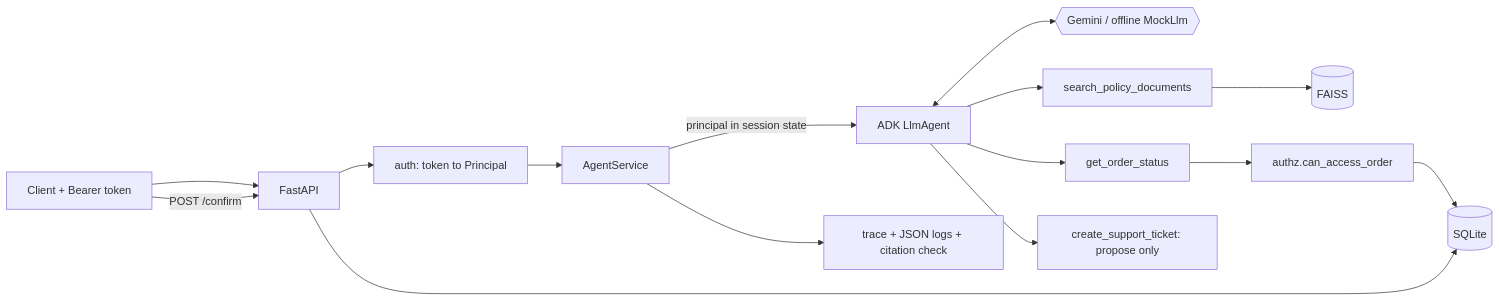
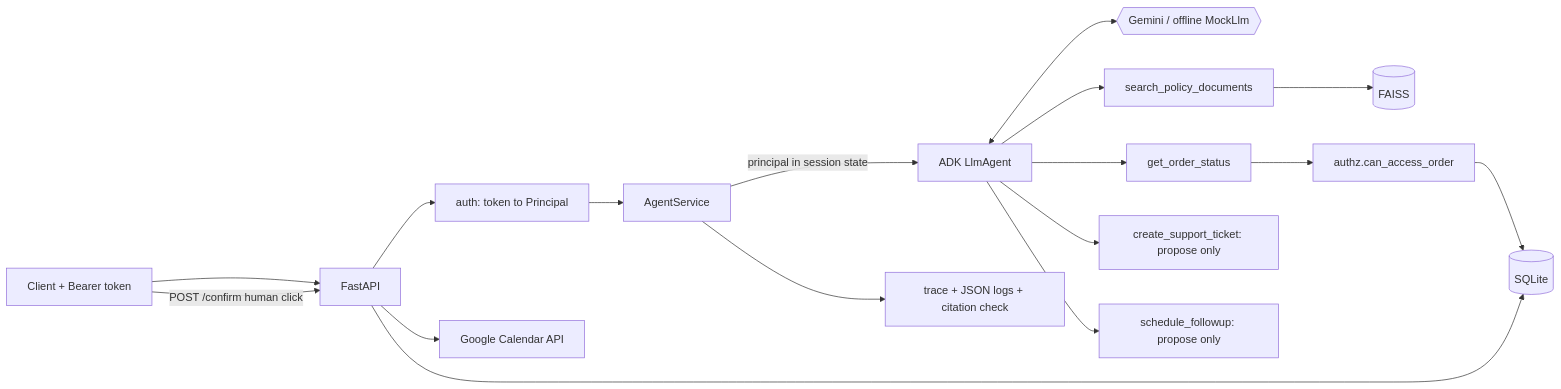
The diagram in README.md (Ishaanz-pro/AgentOps), drawn with Mermaid before and after one commit. The commit also changed other lines of this file and 50 other files, not shown here.

First line of the commit message:
Add multimodal photo tickets, Google Calendar follow-ups, Vertex AI keyless backend, Agent Engine package, Cloud Run/Terraform deploy scripts

````diff
--- a/README.md
+++ b/README.md
@@ -35,13 +40,15 @@
 ```mermaid
 flowchart LR
     C[Client + Bearer token] --> API[FastAPI]
     API --> AUTH[auth: token to Principal]
     AUTH --> SVC[AgentService]
     SVC -->|principal in session state| AG[ADK LlmAgent]
     AG <--> LLM{{Gemini / offline MockLlm}}
     AG --> T1[search_policy_documents] --> IDX[(FAISS)]
     AG --> T2[get_order_status] --> AZ[authz.can_access_order] --> DB[(SQLite)]
     AG --> T3[create_support_ticket: propose only]
-    C -->|POST /confirm| API --> DB
+    AG --> T4[schedule_followup: propose only]
+    C -->|POST /confirm human click| API --> DB
+    API --> CAL[Google Calendar API]
     SVC --> OBS[trace + JSON logs + citation check]
 ```
````
